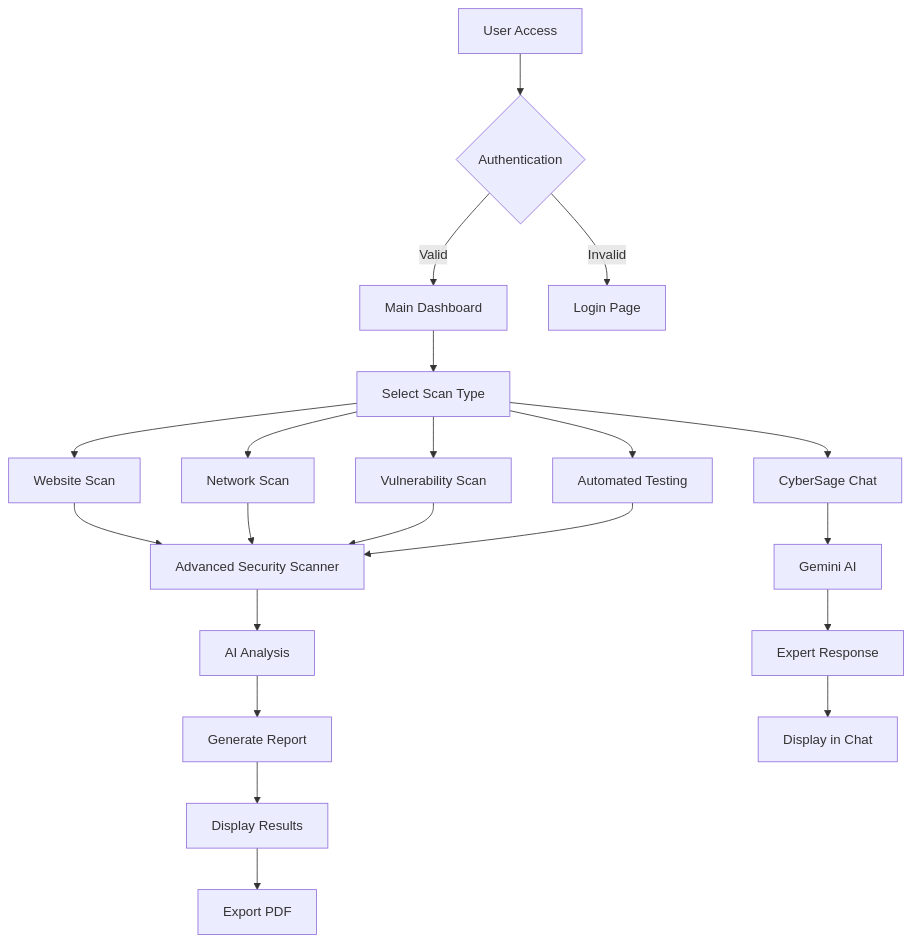
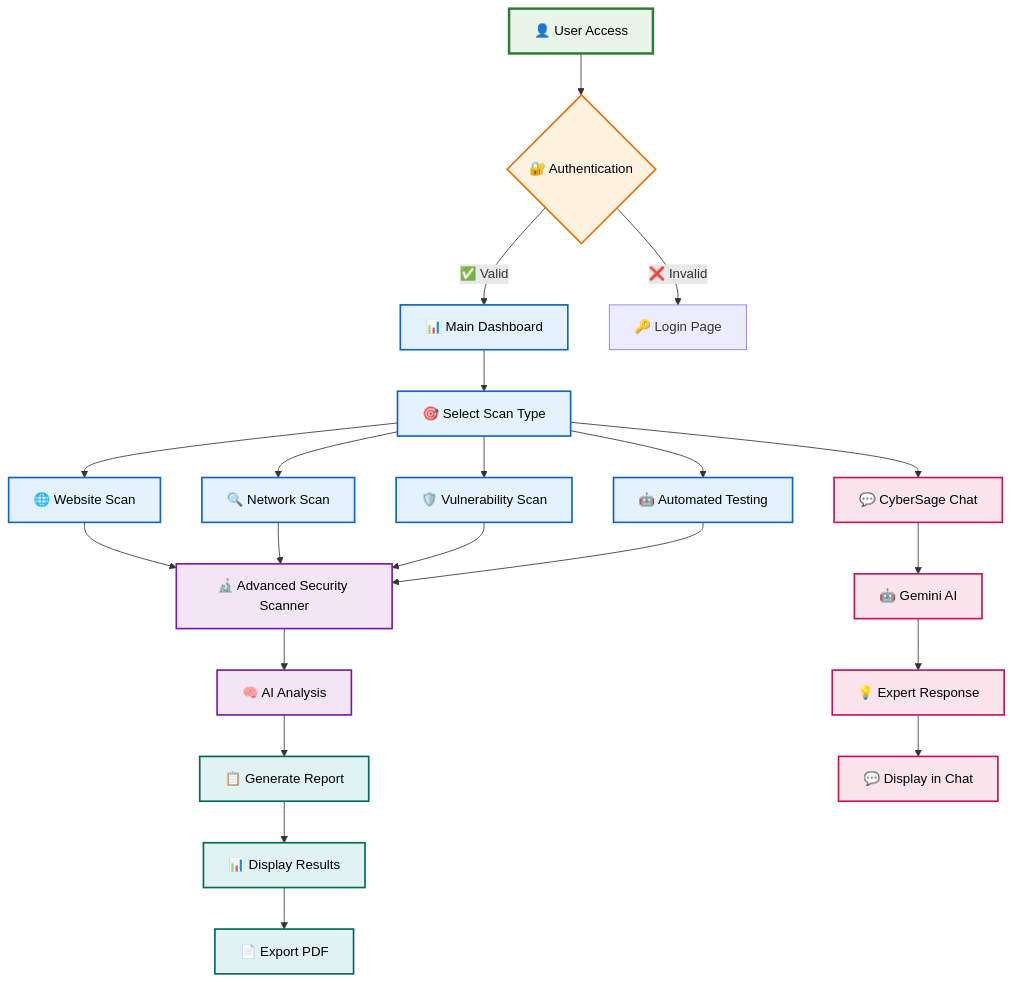
The third of 8 diagrams in README.md (Hassan-asim/Cyber-Sage), drawn with Mermaid before and after one commit. The commit also changed other lines of this file, not shown here.

Commit message:
Enhance Mermaid diagrams: Add professional styling, emojis, colors, and improved visual design

````diff
--- a/README.md
+++ b/README.md
@@ -182,27 +212,42 @@
 ```mermaid
 graph TD
-    A[User Access] --> B{Authentication}
-    B -->|Valid| C[Main Dashboard]
-    B -->|Invalid| D[Login Page]
+    A["👤 User Access"] --> B{"🔐 Authentication"}
+    B -->|"✅ Valid"| C["📊 Main Dashboard"]
+    B -->|"❌ Invalid"| D["🔑 Login Page"]
     
-    C --> E[Select Scan Type]
-    E --> F[Website Scan]
-    E --> G[Network Scan]
-    E --> H[Vulnerability Scan]
-    E --> I[Automated Testing]
-    E --> J[CyberSage Chat]
+    C --> E["🎯 Select Scan Type"]
+    E --> F["🌐 Website Scan"]
+    E --> G["🔍 Network Scan"]
+    E --> H["🛡️ Vulnerability Scan"]
+    E --> I["🤖 Automated Testing"]
+    E --> J["💬 CyberSage Chat"]
     
-    F --> K[Advanced Security Scanner]
+    F --> K["🔬 Advanced Security Scanner"]
     G --> K
     H --> K
     I --> K
     
-    K --> L[AI Analysis]
-    L --> M[Generate Report]
-    M --> N[Display Results]
-    N --> O[Export PDF]
+    K --> L["🧠 AI Analysis"]
+    L --> M["📋 Generate Report"]
+    M --> N["📊 Display Results"]
+    N --> O["📄 Export PDF"]
     
-    J --> P[Gemini AI]
-    P --> Q[Expert Response]
-    Q --> R[Display in Chat]
+    J --> P["🤖 Gemini AI"]
+    P --> Q["💡 Expert Response"]
+    Q --> R["💬 Display in Chat"]
+    
+    %% Styling
+    classDef start fill:#e8f5e8,stroke:#2e7d32,stroke-width:3px,color:#000
+    classDef process fill:#e3f2fd,stroke:#1565c0,stroke-width:2px,color:#000
+    classDef decision fill:#fff3e0,stroke:#ef6c00,stroke-width:2px,color:#000
+    classDef scan fill:#f3e5f5,stroke:#7b1fa2,stroke-width:2px,color:#000
+    classDef ai fill:#fce4ec,stroke:#c2185b,stroke-width:2px,color:#000
+    classDef output fill:#e0f2f1,stroke:#00695c,stroke-width:2px,color:#000
+    
+    class A start
+    class C,E,F,G,H,I process
+    class B decision
+    class K,L scan
+    class J,P,Q,R ai
+    class M,N,O output
 ```
````
